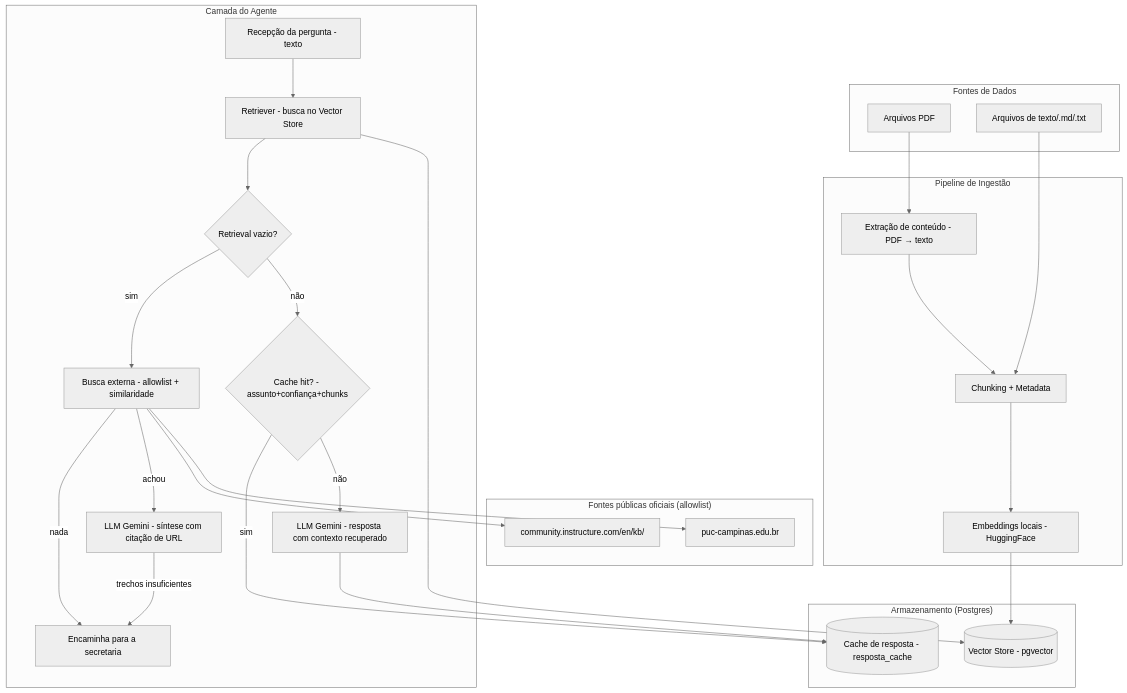
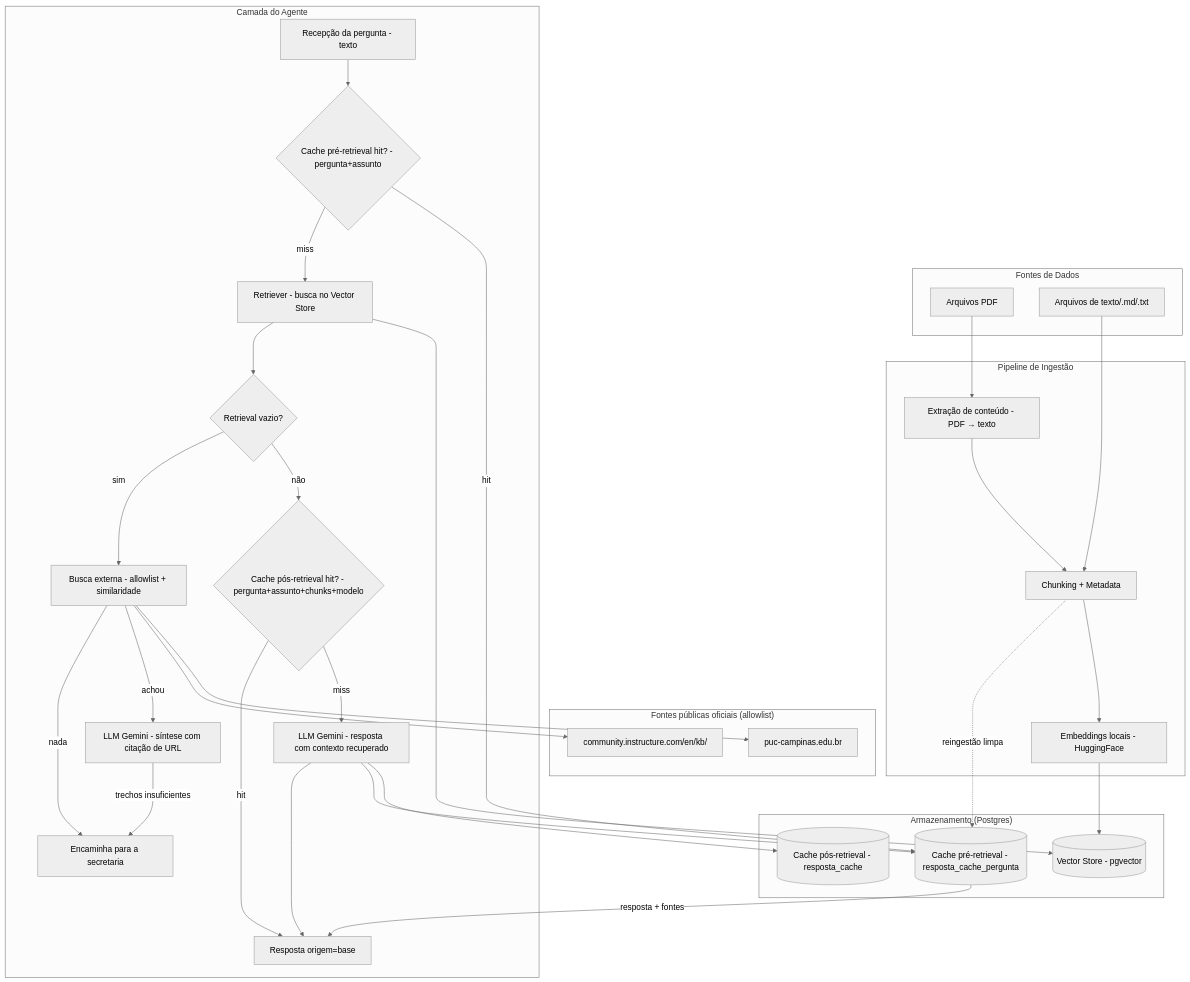
Before and after one commit to HenriqueCDS/ia-agent-puc-digital: the diagram in arquitetura-agente-ia-suporte-ead-v0.md, drawn with Mermaid (neutral theme). The commit also changed other lines of this file and 36 other files, not shown here.

````diff
--- a/arquitetura-agente-ia-suporte-ead-v0.md
+++ b/arquitetura-agente-ia-suporte-ead-v0.md
@@ -13,49 +13,60 @@
 ```mermaid
 flowchart TD
     subgraph Fontes["Fontes de Dados"]
         A1[Arquivos PDF]
         A2[Arquivos de texto/.md/.txt]
     end
 
     subgraph Ingestao["Pipeline de Ingestão"]
         B1[Extração de conteúdo - PDF → texto]
         B2[Chunking + Metadata]
         B3[Embeddings locais - HuggingFace]
     end
 
     subgraph Armazenamento["Armazenamento (Postgres)"]
         C1[(Vector Store - pgvector)]
-        C2[(Cache de resposta - resposta_cache)]
+        C2[(Cache pós-retrieval - resposta_cache)]
+        C3[(Cache pré-retrieval - resposta_cache_pergunta)]
     end
 
     subgraph Externo["Fontes públicas oficiais (allowlist)"]
         E1[puc-campinas.edu.br]
         E2[community.instructure.com/en/kb/]
     end
 
     subgraph Agente["Camada do Agente"]
         D1[Recepção da pergunta - texto]
+        D9{Cache pré-retrieval hit? - pergunta+assunto}
         D2[Retriever - busca no Vector Store]
         D5{Retrieval vazio?}
-        D4{Cache hit? - assunto+confiança+chunks}
+        D4{Cache pós-retrieval hit? - pergunta+assunto+chunks+modelo}
         D3[LLM Gemini - resposta com contexto recuperado]
         D6[Busca externa - allowlist + similaridade]
         D7[LLM Gemini - síntese com citação de URL]
         D8[Encaminha para a secretaria]
+        DR[Resposta origem=base]
     end
 
     A1 --> B1 --> B2 --> B3 --> C1
     A2 --> B2
 
-    D1 --> D2 --> C1
+    D1 --> D9
+    D9 -- hit --> C3
+    C3 -- resposta + fontes --> DR
+    D9 -- miss --> D2 --> C1
     D2 --> D5
     D5 -- não --> D4
-    D4 -- não --> D3 --> C2
-    D4 -- sim --> C2
+    D4 -- miss --> D3
+    D3 --> C2
+    D3 --> C3
+    D4 -- hit --> DR
+    D3 --> DR
     D5 -- sim --> D6
     D6 --> E1
     D6 --> E2
     D6 -- achou --> D7
     D6 -- nada --> D8
     D7 -- trechos insuficientes --> D8
+
+    B2 -. reingestão limpa .-> C3
 ```
````
